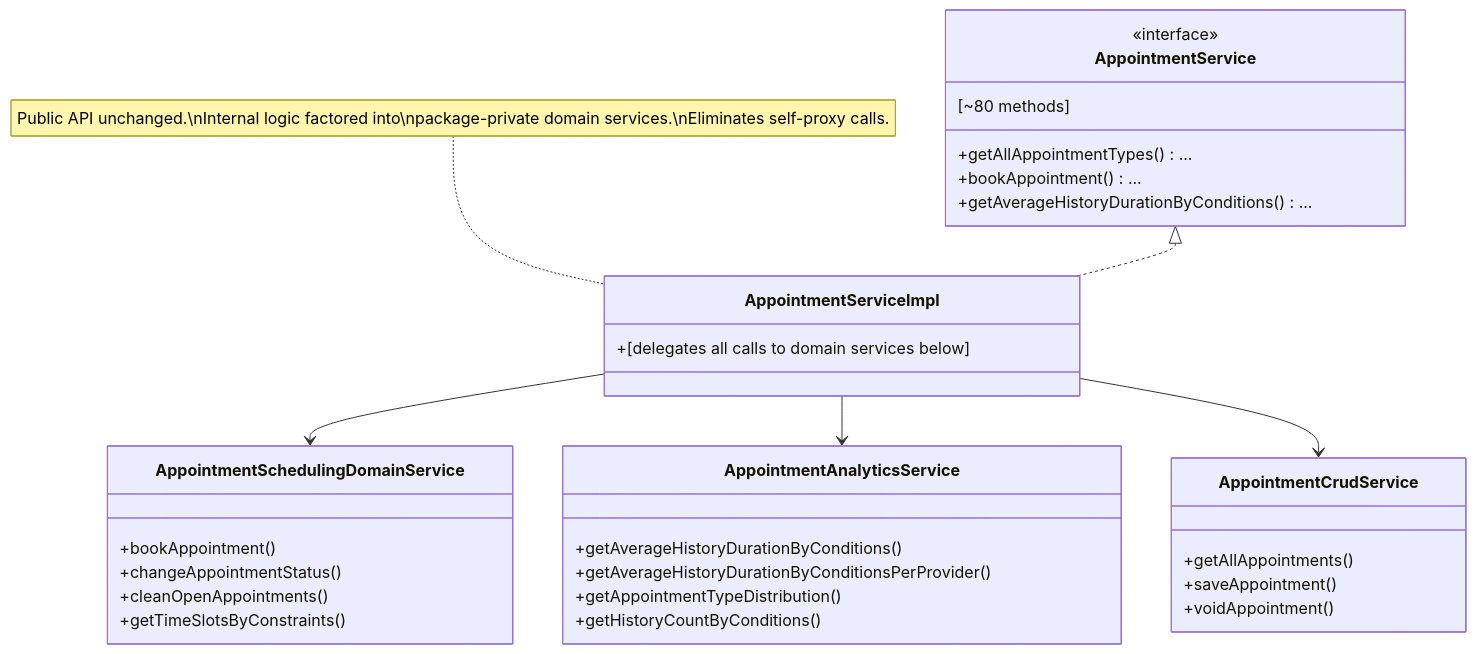
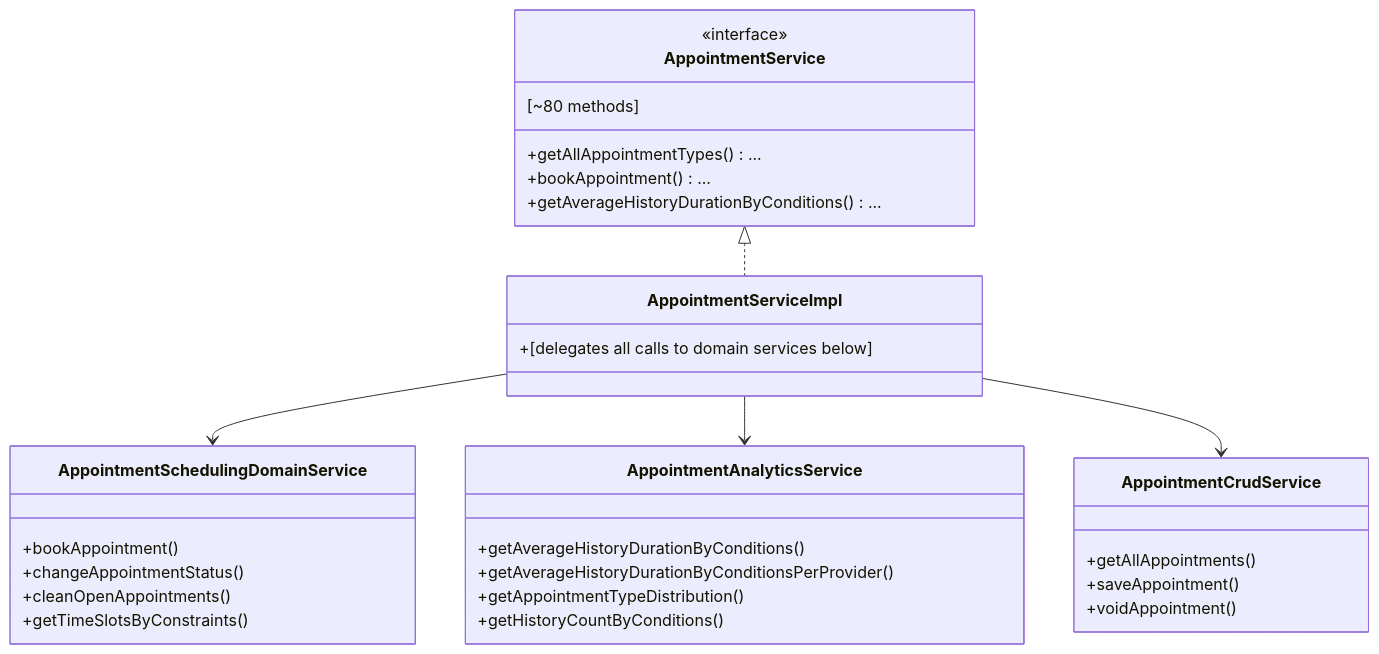
One commit to Avans-2-4/Documentatie-Avans-2-4 changed the fourth of 5 diagrams in content/500 Project/500 Analyses/maintainability-analysis.md. Above: the diagram before and after it, drawn with Mermaid. The commit also changed other lines of this file, not shown here.

Commit message:
fix diagrams

````diff
--- a/content/500 Project/500 Analyses/maintainability-analysis.md
+++ b/content/500 Project/500 Analyses/maintainability-analysis.md
@@ -251,41 +267,39 @@
 ```mermaid
 classDiagram
     class AppointmentService {
         <<interface>>
         +getAllAppointmentTypes() ...
         +bookAppointment() ...
         +getAverageHistoryDurationByConditions() ...
         [~80 methods]
     }
 
     class AppointmentServiceImpl {
         +[delegates all calls to domain services below]
     }
 
     class AppointmentSchedulingDomainService {
         +bookAppointment()
         +changeAppointmentStatus()
         +cleanOpenAppointments()
         +getTimeSlotsByConstraints()
     }
 
     class AppointmentAnalyticsService {
         +getAverageHistoryDurationByConditions()
         +getAverageHistoryDurationByConditionsPerProvider()
         +getAppointmentTypeDistribution()
         +getHistoryCountByConditions()
     }
 
     class AppointmentCrudService {
         +getAllAppointments()
         +saveAppointment()
         +voidAppointment()
     }
 
     AppointmentService <|.. AppointmentServiceImpl
     AppointmentServiceImpl --> AppointmentSchedulingDomainService
     AppointmentServiceImpl --> AppointmentAnalyticsService
     AppointmentServiceImpl --> AppointmentCrudService
-
-    note for AppointmentServiceImpl "Public API unchanged.\nInternal logic factored into\npackage-private domain services.\nEliminates self-proxy calls."
 ```
````
